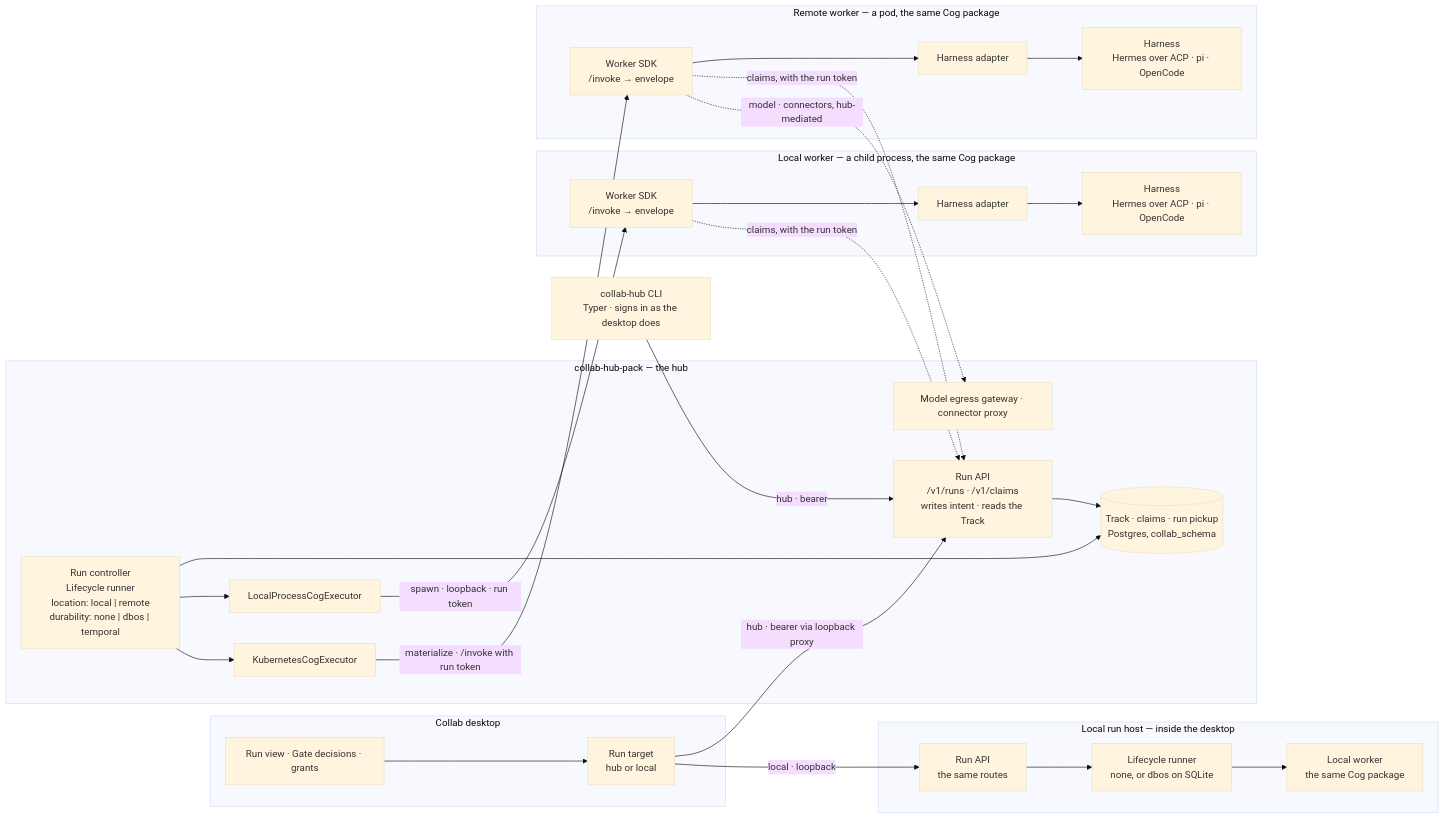
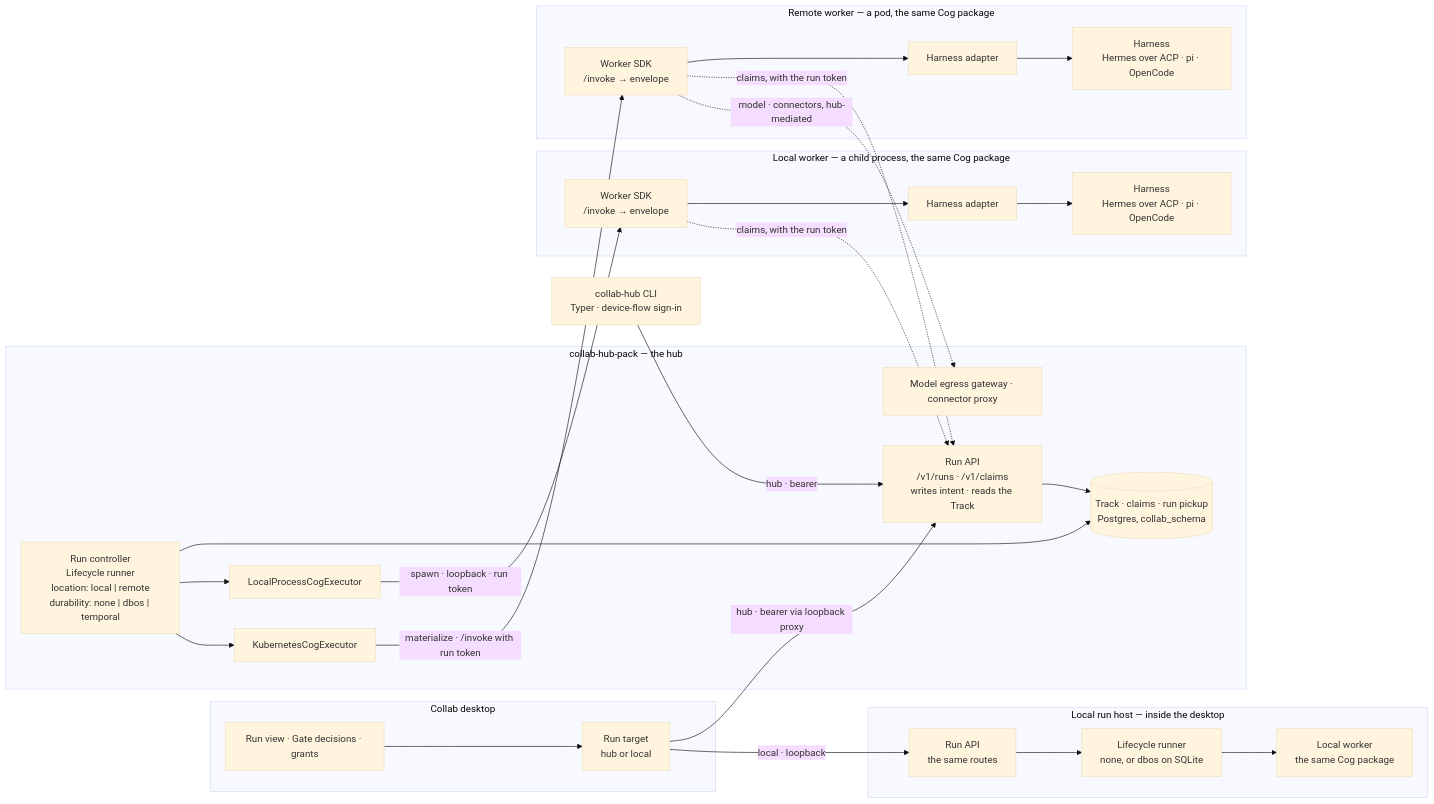
Before and after one commit to nebari-dev/collab-hub-pack: the first of 5 diagrams in COG_EXECUTION.md, drawn with Mermaid (base theme). The commit also changed other lines of this file, not shown here.

````diff
--- a/COG_EXECUTION.md
+++ b/COG_EXECUTION.md
@@ -83,53 +83,53 @@
 ```mermaid
 flowchart LR
   subgraph desk["Collab desktop"]
     ui["Run view · Gate decisions · grants"]
     rt["Run target<br/>hub or local"]
     ui --> rt
   end
 
-  cli["collab-hub CLI<br/>Typer · signs in as the desktop does"]
+  cli["collab-hub CLI<br/>Typer · device-flow sign-in"]
 
   subgraph hub["collab-hub-pack — the hub"]
     api["Run API<br/>/v1/runs · /v1/claims<br/>writes intent · reads the Track"]
     ctl["Run controller<br/>Lifecycle runner<br/>location: local | remote<br/>durability: none | dbos | temporal"]
     track[("Track · claims · run pickup<br/>Postgres, collab_schema")]
     lexec["LocalProcessCogExecutor"]
     kexec["KubernetesCogExecutor"]
     gw["Model egress gateway · connector proxy"]
     api --> track
     ctl --> track
     ctl --> lexec
     ctl --> kexec
   end
 
   subgraph proc["Local worker — a child process, the same Cog package"]
     psdk["Worker SDK<br/>/invoke → envelope"]
     pad["Harness adapter"]
     pharn["Harness<br/>Hermes over ACP · pi · OpenCode"]
     psdk --> pad --> pharn
   end
 
   subgraph pod["Remote worker — a pod, the same Cog package"]
     sdk["Worker SDK<br/>/invoke → envelope"]
     ad["Harness adapter"]
     harn["Harness<br/>Hermes over ACP · pi · OpenCode"]
     sdk --> ad --> harn
   end
 
   subgraph local["Local run host — inside the desktop"]
     lapi["Run API<br/>the same routes"]
     lctl["Lifecycle runner<br/>none, or dbos on SQLite"]
     lw["Local worker<br/>the same Cog package"]
     lapi --> lctl --> lw
   end
 
   rt -->|"hub · bearer via loopback proxy"| api
   rt -->|"local · loopback"| lapi
   cli -->|"hub · bearer"| api
   lexec -->|"spawn · loopback · run token"| psdk
   kexec -->|"materialize · /invoke with run token"| sdk
   psdk -. "claims, with the run token" .-> api
   sdk -. "claims, with the run token" .-> api
   sdk -. "model · connectors, hub-mediated" .-> gw
 ```
````
